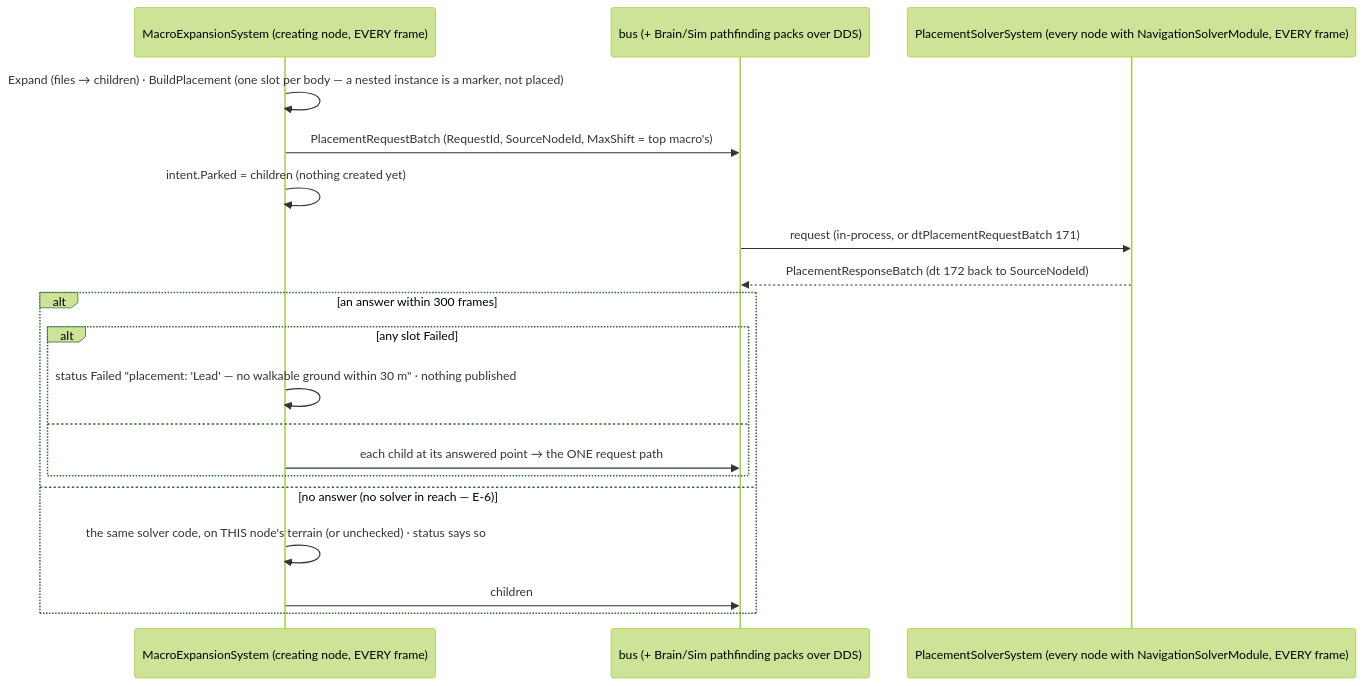
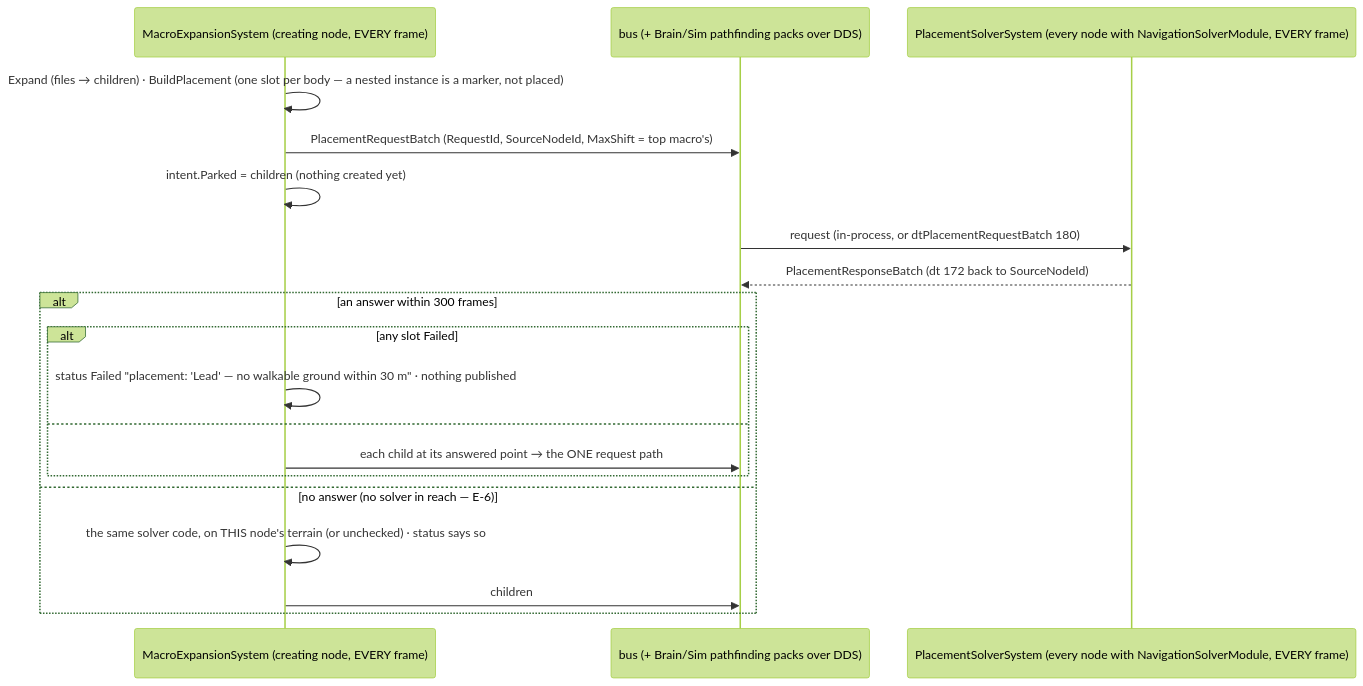
Before and after one commit to pjanec/HROT: diagram 13 of 14 in docs/DESIGN_Scenario_Macros.md, drawn with Mermaid (forest theme). The commit also changed 6 other files, not shown here.

````diff
--- a/docs/DESIGN_Scenario_Macros.md
+++ b/docs/DESIGN_Scenario_Macros.md
@@ -927,21 +927,21 @@
 ```mermaid
 sequenceDiagram
     participant M as MacroExpansionSystem (creating node, EVERY frame)
     participant B as bus (+ Brain/Sim pathfinding packs over DDS)
     participant S as PlacementSolverSystem (every node with NavigationSolverModule, EVERY frame)
     M->>M: Expand (files → children) · BuildPlacement (one slot per body — a nested instance is a marker, not placed)
     M->>B: PlacementRequestBatch (RequestId, SourceNodeId, MaxShift = top macro's)
     M->>M: intent.Parked = children (nothing created yet)
-    B->>S: request (in-process, or dtPlacementRequestBatch 171)
+    B->>S: request (in-process, or dtPlacementRequestBatch 180)
     S-->>B: PlacementResponseBatch (dt 172 back to SourceNodeId)
     alt an answer within 300 frames
         alt any slot Failed
             M->>M: status Failed "placement: 'Lead' — no walkable ground within 30 m" · nothing published
         else
             M->>B: each child at its answered point → the ONE request path
         end
     else no answer (no solver in reach — E-6)
         M->>M: the same solver code, on THIS node's terrain (or unchecked) · status says so
         M->>B: children
     end
 ```
````
